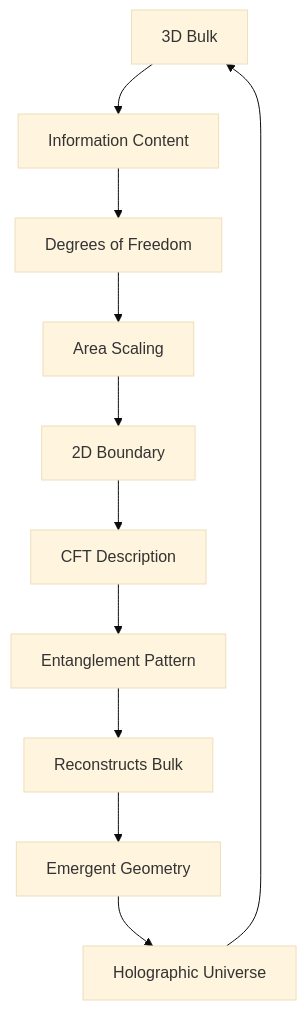
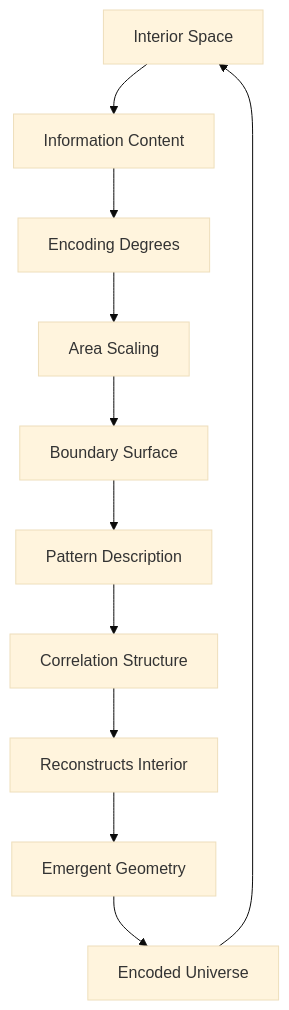
Before and after one commit to loning/the-phys: the second of 2 diagrams in docs/psi-structum/book-1-collapse-ontology/part-04-quantum-gravity/chapter-053-holographic-boundary-encoding.md, drawn with Mermaid (base theme). The commit also changed other lines of this file and 11 other files, not shown here.

````diff
--- a/docs/psi-structum/book-1-collapse-ontology/part-04-quantum-gravity/chapter-053-holographic-boundary-encoding.md
+++ b/docs/psi-structum/book-1-collapse-ontology/part-04-quantum-gravity/chapter-053-holographic-boundary-encoding.md
@@ -193,13 +219,13 @@
 ```mermaid
 graph TD
-    A[3D Bulk] --> B[Information Content]
-    B --> C[Degrees of Freedom]
+    A[Interior Space] --> B[Information Content]
+    B --> C[Encoding Degrees]
     C --> D[Area Scaling]
-    D --> E[2D Boundary]
-    E --> F[CFT Description]
-    F --> G[Entanglement Pattern]
-    G --> H[Reconstructs Bulk]
+    D --> E[Boundary Surface]
+    E --> F[Pattern Description]
+    F --> G[Correlation Structure]
+    G --> H[Reconstructs Interior]
     H --> I[Emergent Geometry]
-    I --> J[Holographic Universe]
+    I --> J[Encoded Universe]
     J --> A
 ```
````
